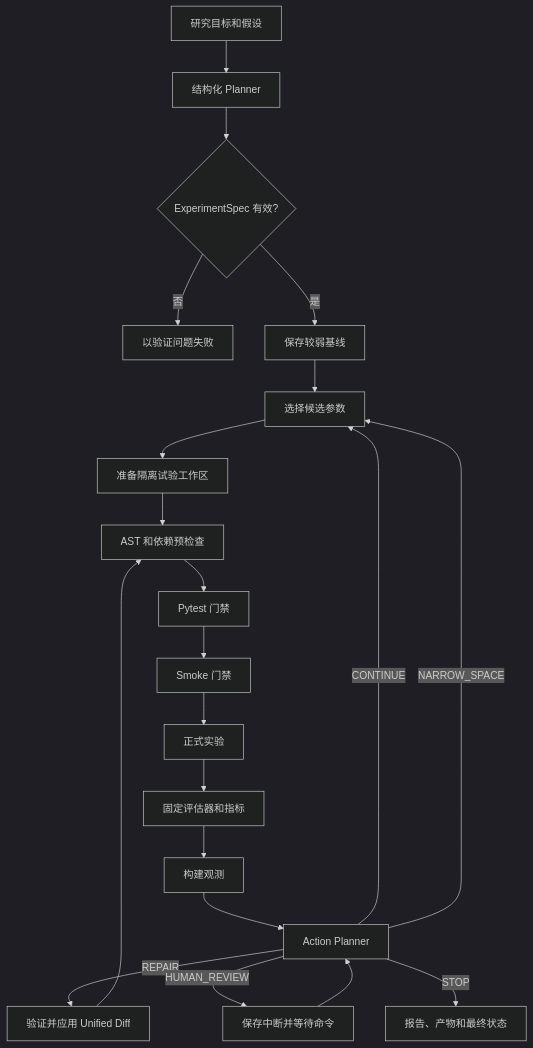
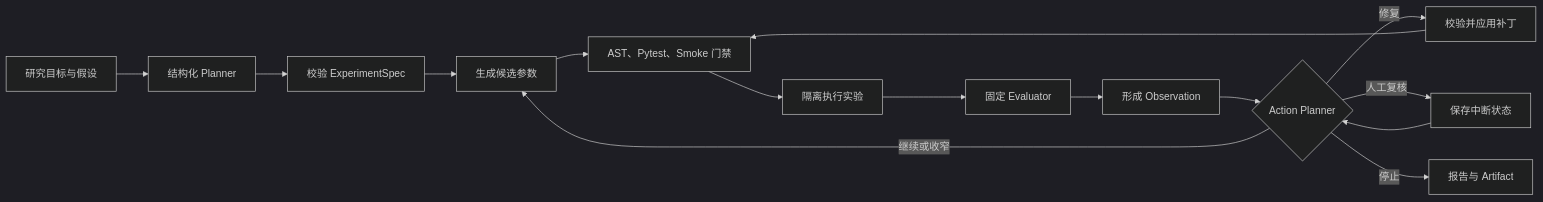
One commit to HeZhongTian-xjtu/AutoExp changed the diagram in README.zh-CN.md. Above: the diagram before and after it, drawn with Mermaid (dark theme). The commit also changed other lines of this file and 2 other files, not shown here.

````diff
--- a/README.zh-CN.md
+++ b/README.zh-CN.md
@@ -59,23 +36,17 @@
 ```mermaid
-flowchart TD
-    A[研究目标和假设] --> B[结构化 Planner]
-    B --> C{ExperimentSpec 有效?}
-    C -- 否 --> Z[以验证问题失败]
-    C -- 是 --> D[保存较弱基线]
-    D --> E[选择候选参数]
-    E --> F[准备隔离试验工作区]
-    F --> G[AST 和依赖预检查]
-    G --> H[Pytest 门禁]
-    H --> I[Smoke 门禁]
-    I --> J[正式实验]
-    J --> K[固定评估器和指标]
-    K --> L[构建观测]
-    L --> M[Action Planner]
-    M -- CONTINUE --> E
-    M -- NARROW_SPACE --> E
-    M -- REPAIR --> N[验证并应用 Unified Diff]
-    N --> G
-    M -- HUMAN_REVIEW --> O[保存中断并等待命令]
-    M -- STOP --> P[报告、产物和最终状态]
-    O --> M
+flowchart LR
+    A[研究目标与假设] --> B[结构化 Planner]
+    B --> C[校验 ExperimentSpec]
+    C --> D[生成候选参数]
+    D --> E[AST、Pytest、Smoke 门禁]
+    E --> F[隔离执行实验]
+    F --> G[固定 Evaluator]
+    G --> H[形成 Observation]
+    H --> I{Action Planner}
+    I -->|继续或收窄| D
+    I -->|修复| J[校验并应用补丁]
+    J --> E
+    I -->|人工复核| K[保存中断状态]
+    K --> I
+    I -->|停止| L[报告与 Artifact]
 ```
````
